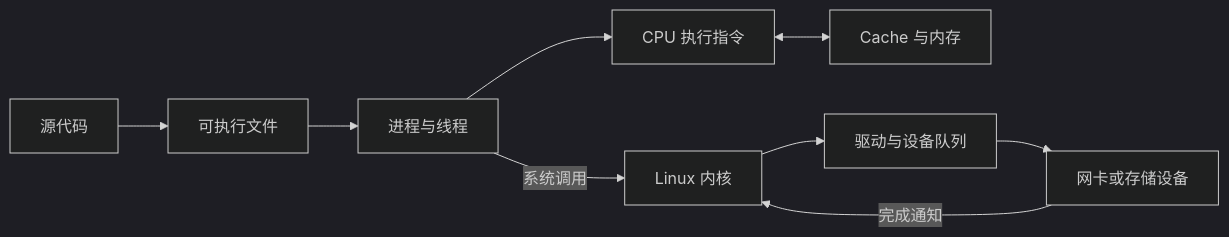
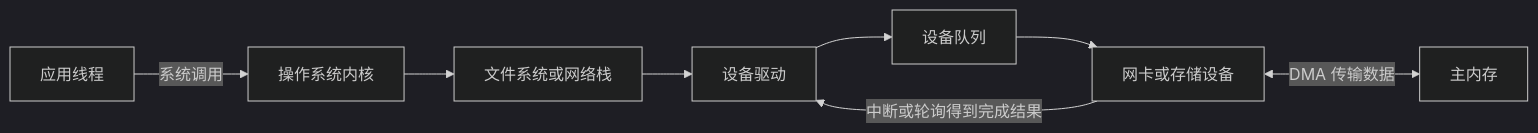
Before and after one commit to xizheyin/hft-book-rs: the second of 2 diagrams in books/rust-hft/src/foundations/computer_execution.md, drawn with Mermaid (dark theme). The commit also changed other lines of this file and 207 other files, not shown here.

````diff
--- a/books/rust-hft/src/foundations/computer_execution.md
+++ b/books/rust-hft/src/foundations/computer_execution.md
@@ -43,11 +76,10 @@
 ```mermaid
 flowchart LR
-    S["源代码"] --> E["可执行文件"]
-    E --> P["进程与线程"]
-    P --> C["CPU 执行指令"]
-    C <--> M["Cache 与内存"]
-    P -->|"系统调用"| K["Linux 内核"]
-    K --> Q["驱动与设备队列"]
-    Q --> D["网卡或存储设备"]
-    D -->|"完成通知"| K
+    A["应用线程"] -->|"系统调用"| K["操作系统内核"]
+    K --> S["文件系统或网络栈"]
+    S --> D["设备驱动"]
+    D --> Q["设备队列"]
+    Q --> H["网卡或存储设备"]
+    H -->|"中断或轮询得到完成结果"| D
+    H <-->|"DMA 传输数据"| M["主内存"]
 ```
````
